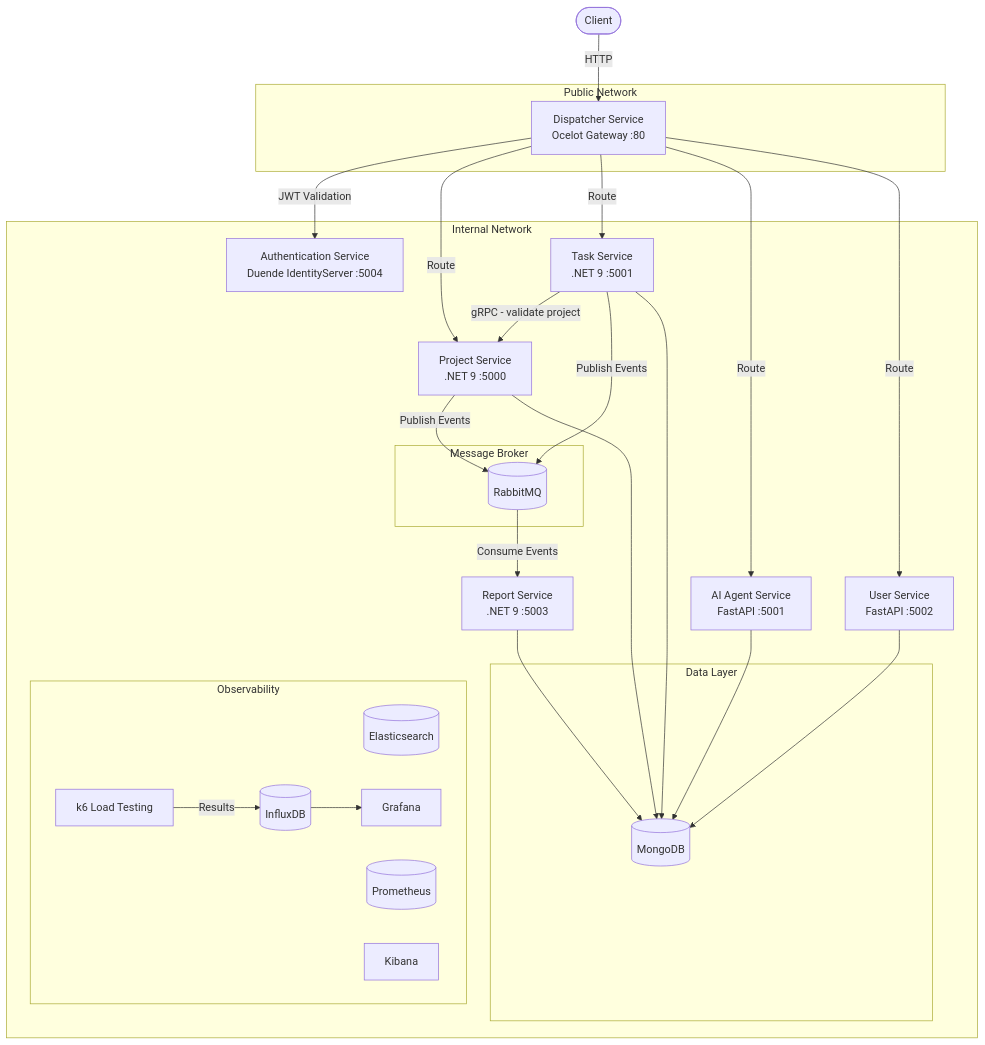
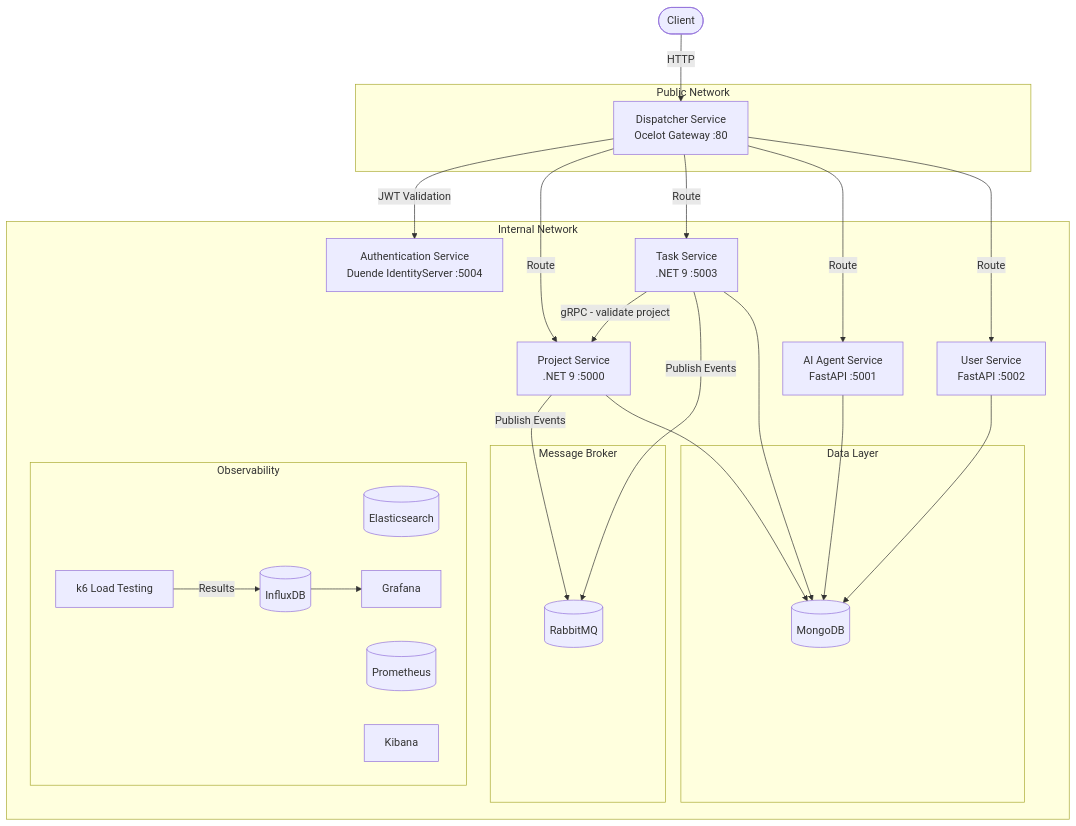
One commit to AboubacarSow/task-management-microservice changed the first of 14 diagrams in README.md. Above: the diagram before and after it, drawn with Mermaid. The commit also changed other lines of this file and 8 other files, not shown here.

````diff
--- a/README.md
+++ b/README.md
@@ -93,56 +96,53 @@
 ```mermaid
 graph TB
     Client([Client])
 
     subgraph Public Network
         Dispatcher[Dispatcher Service\nOcelot Gateway :80]
     end
 
     subgraph Internal Network
-        Auth[Authentication Service\nDuende IdentityServer :5004]
         Project[Project Service\n.NET 9 :5000]
-        Task[Task Service\n.NET 9 :5001]
         Agent[AI Agent Service\nFastAPI :5001]
         User[User Service\nFastAPI :5002]
-        Report[Report Service\n.NET 9 :5003]
+        Task[Task Service\n.NET 9 :5003]
+        Auth[Authentication Service\nDuende IdentityServer :5004]
 
         subgraph Message Broker
             RabbitMQ[(RabbitMQ)]
         end
 
         subgraph Data Layer
             MongoDB[(MongoDB)]
         end
 
         subgraph Observability
             Elasticsearch[(Elasticsearch)]
             Prometheus[(Prometheus)]
             Grafana[Grafana]
             Kibana[Kibana]
             InfluxDB[(InfluxDB)]
             K6[k6 Load Testing]
         end
     end
 
     Client -->|HTTP| Dispatcher
     Dispatcher -->|JWT Validation| Auth
     Dispatcher -->|Route| Project
     Dispatcher -->|Route| Task
     Dispatcher -->|Route| Agent
     Dispatcher -->|Route| User
 
     Task -->|gRPC - validate project| Project
 
     Project -->|Publish Events| RabbitMQ
     Task -->|Publish Events| RabbitMQ
-    RabbitMQ -->|Consume Events| Report
 
     Project --> MongoDB
     Task --> MongoDB
     User --> MongoDB
     Agent --> MongoDB
-    Report --> MongoDB
 
     K6 -->|Results| InfluxDB
     InfluxDB --> Grafana
 ```
````
